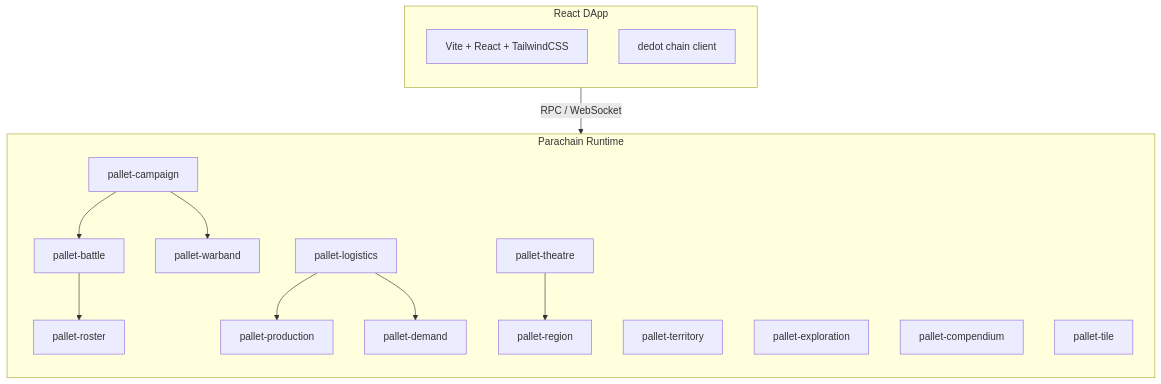
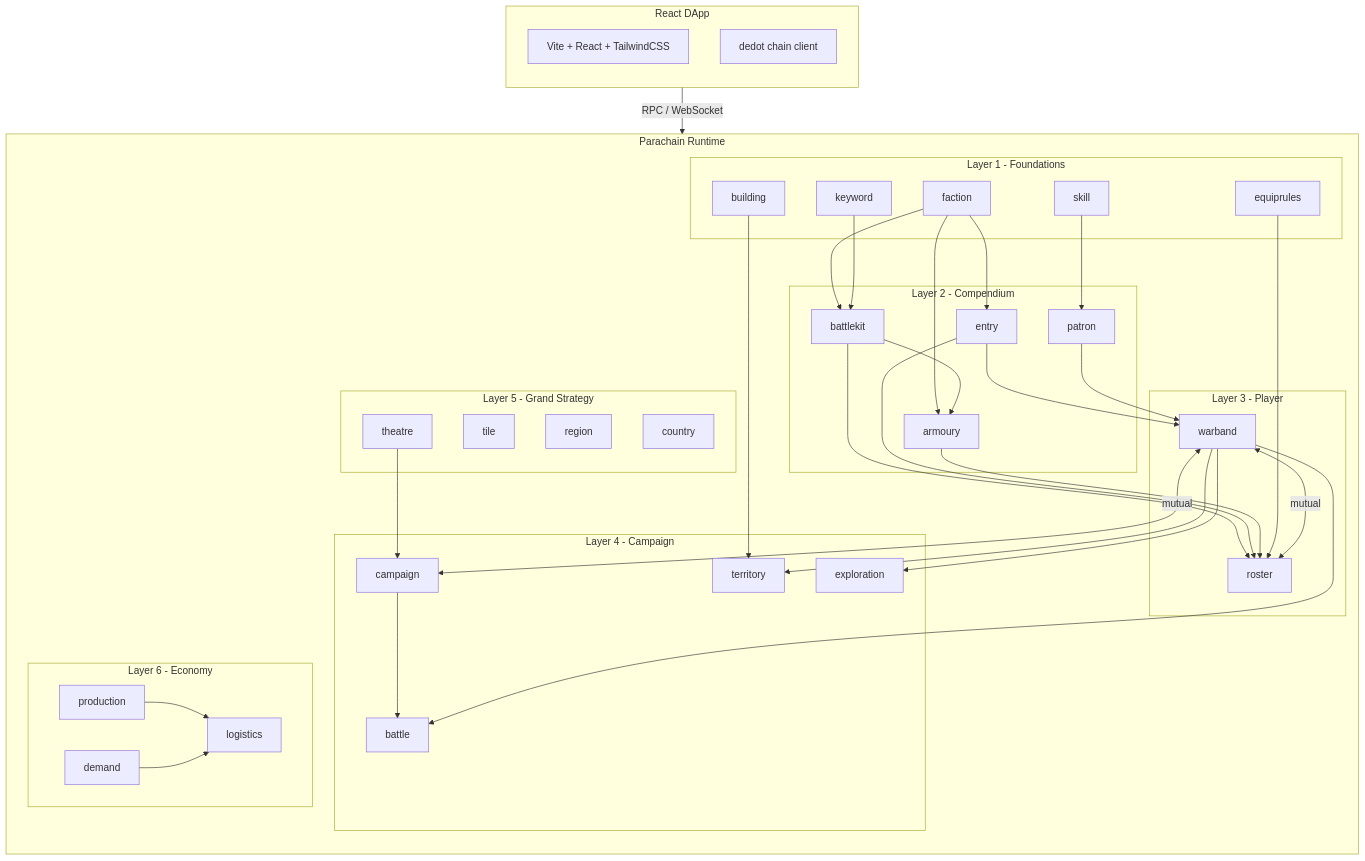
Before and after one commit to polykrate/trenchain: the diagram in README.md, drawn with Mermaid. The commit also changed other lines of this file, not shown here.

Commit message:
Update README with accurate pallet dependency graph
Replace simplified diagram with layered architecture showing all 27
pallets, their dependency directions, mutual cycles (warband/roster,
warband/campaign), and the six architectural layers.

````diff
--- a/README.md
+++ b/README.md
@@ -9,33 +9,81 @@
 ```mermaid
 flowchart TB
-    subgraph parachain [Parachain Runtime]
-        direction TB
-        campaign[pallet-campaign]
-        battle[pallet-battle]
-        warband[pallet-warband]
-        roster[pallet-roster]
-        theatre[pallet-theatre]
-        territory[pallet-territory]
-        logistics[pallet-logistics]
-        production[pallet-production]
-        demand[pallet-demand]
-        exploration[pallet-exploration]
-        compendium[pallet-compendium]
-        tile[pallet-tile]
-        region[pallet-region]
-    end
-
     subgraph dapp [React DApp]
         direction TB
         ui[Vite + React + TailwindCSS]
         dedot[dedot chain client]
     end
 
-    dapp -->|RPC / WebSocket| parachain
+    dapp -->|RPC / WebSocket| runtime
+
+    subgraph runtime [Parachain Runtime]
+        direction TB
+
+        subgraph foundations [Layer 1 - Foundations]
+            keyword[keyword]
+            skill[skill]
+            faction[faction]
+            equiprules[equiprules]
+            building[building]
+        end
+
+        subgraph compendium [Layer 2 - Compendium]
+            battlekit[battlekit]
+            entry[entry]
+            patron[patron]
+            armoury[armoury]
+        end
+
+        subgraph player [Layer 3 - Player]
+            warband[warband]
+            roster[roster]
+        end
+
+        subgraph campaignLayer [Layer 4 - Campaign]
+            campaign[campaign]
+            battle[battle]
+            territory[territory]
+            exploration[exploration]
+        end
+
+        subgraph strategy [Layer 5 - Grand Strategy]
+            tile[tile]
+            region[region]
+            country[country]
+            theatre[theatre]
+        end
+
+        subgraph economy [Layer 6 - Economy]
+            production[production]
+            demand[demand]
+            logistics[logistics]
+        end
+    end
+
+    faction --> battlekit
+    faction --> entry
+    faction --> armoury
+    skill --> patron
+    keyword --> battlekit
+
+    battlekit --> armoury
+    battlekit --> roster
+    entry --> roster
+    entry --> warband
+    armoury --> roster
+    patron --> warband
+    equiprules --> roster
+
+    warband <-->|"mutual"| roster
+    warband <-->|"mutual"| campaign
+
     campaign --> battle
-    campaign --> warband
-    battle --> roster
-    logistics --> production
-    logistics --> demand
-    theatre --> region
+    theatre --> campaign
+    warband --> battle
+    warband --> territory
+    warband --> exploration
+    building --> territory
+
+    production --> logistics
+    demand --> logistics
 ```
````
